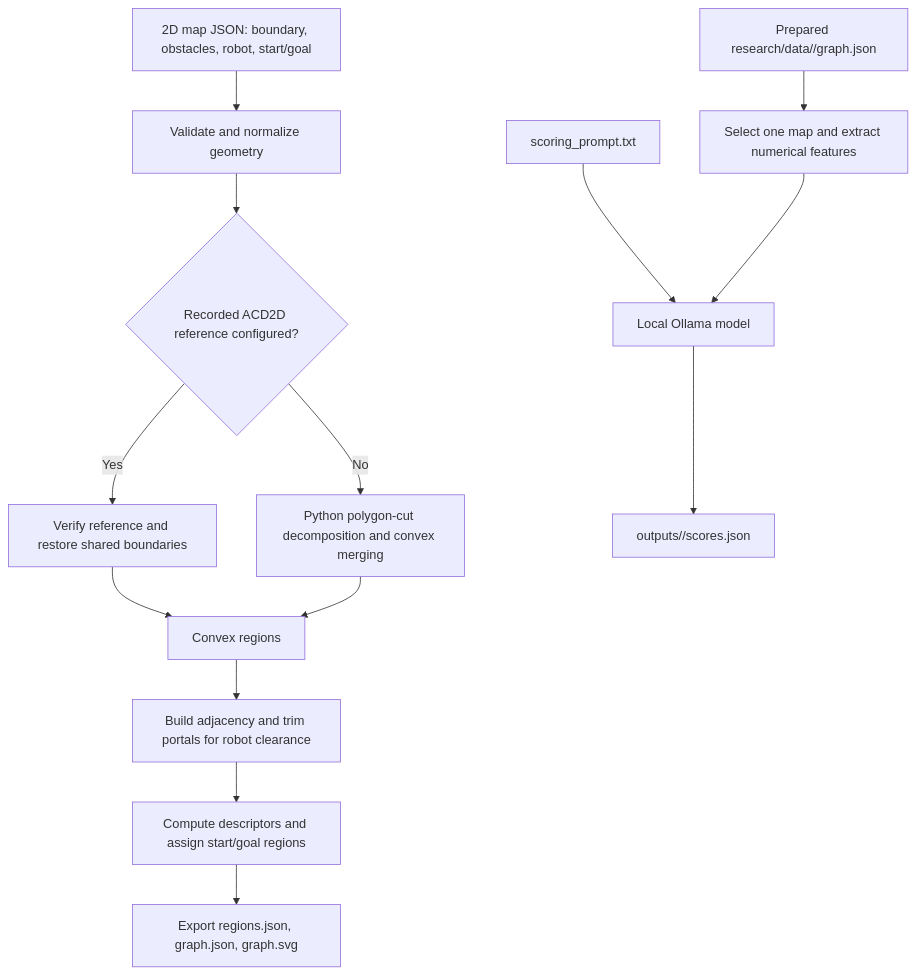
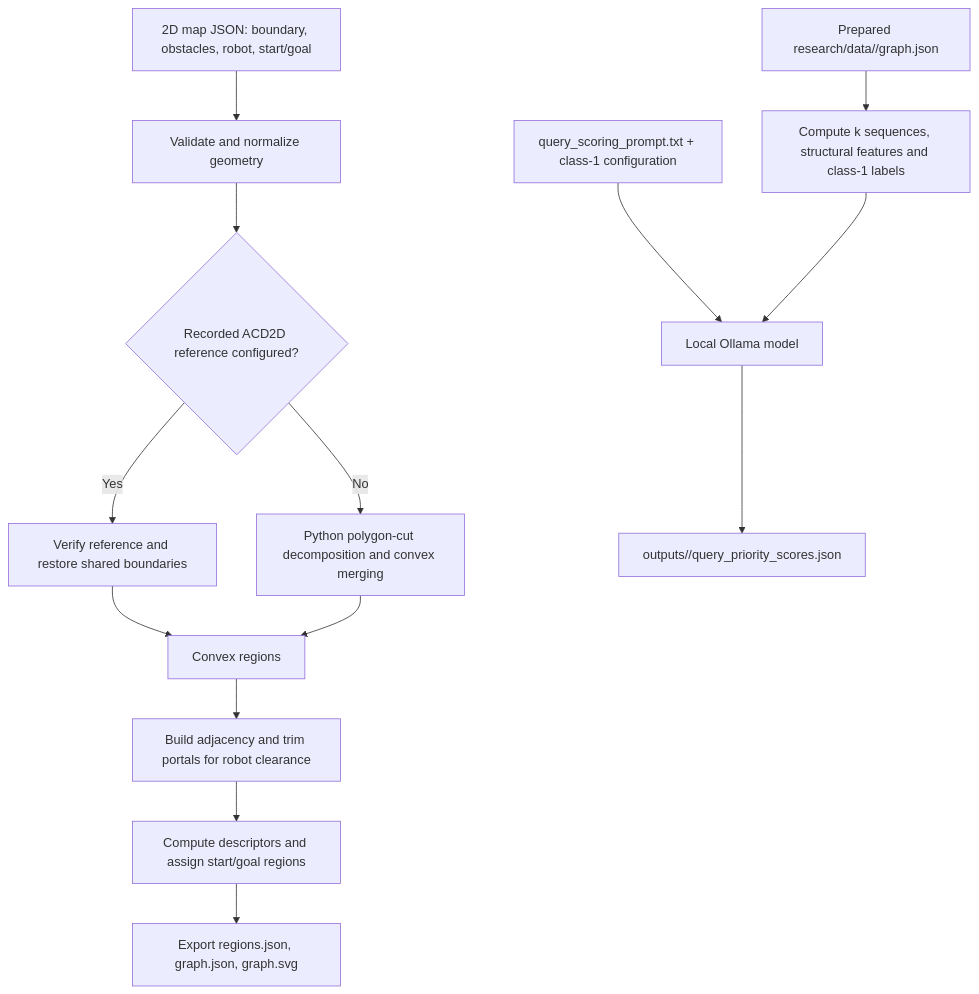
Before and after one commit to thnguyen0405/DACN: the diagram in README.md, drawn with Mermaid. The commit also changed other lines of this file and 6 other files, not shown here.

Commit message:
Add query-specific structural labels and Ollama priority scoring

````diff
--- a/README.md
+++ b/README.md
@@ -28,16 +28,16 @@
 ```mermaid
 flowchart TD
     A["2D map JSON: boundary, obstacles, robot, start/goal"] --> B["Validate and normalize geometry"]
     B --> C{"Recorded ACD2D reference configured?"}
     C -->|Yes| D["Verify reference and restore shared boundaries"]
     C -->|No| E["Python polygon-cut decomposition and convex merging"]
     D --> F["Convex regions"]
     E --> F
     F --> G["Build adjacency and trim portals for robot clearance"]
     G --> H["Compute descriptors and assign start/goal regions"]
     H --> I["Export regions.json, graph.json, graph.svg"]
-    J["Prepared research/data/<map>/graph.json"] --> K["Select one map and extract numerical features"]
-    L["scoring_prompt.txt"] --> M["Local Ollama model"]
+    J["Prepared research/data/<map>/graph.json"] --> K["Compute k sequences, structural features and class-1 labels"]
+    L["query_scoring_prompt.txt + class-1 configuration"] --> M["Local Ollama model"]
     K --> M
-    M --> N["outputs/<map>/scores.json"]
+    M --> N["outputs/<map>/query_priority_scores.json"]
 ```
````
